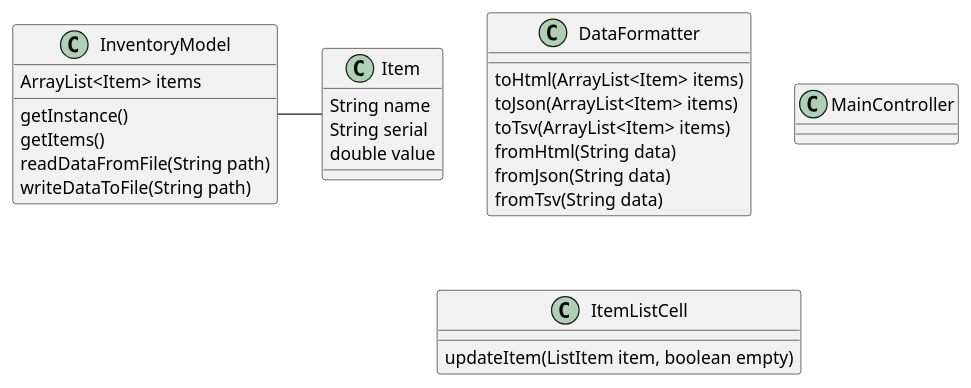
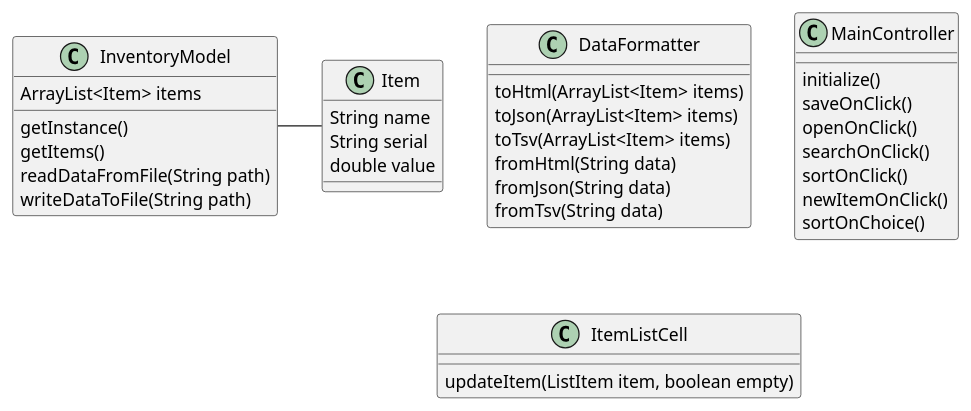
Before and after one commit to rydohg/cop3330-InventoryApp: the diagram in uml/InventoryApp.puml, drawn with PlantUML. The commit also changed 4 other files, not shown here.

Commit message:
Implement Search and Sort

```diff
--- a/uml/InventoryApp.puml
+++ b/uml/InventoryApp.puml
@@ -1,34 +1,40 @@
 @startuml
 class InventoryModel {
     ArrayList<Item> items
     getInstance()
     getItems()
     readDataFromFile(String path)
     writeDataToFile(String path)
 }
 
 class Item {
     String name
     String serial
     double value
 }
 
 class DataFormatter {
     toHtml(ArrayList<Item> items)
     toJson(ArrayList<Item> items)
     toTsv(ArrayList<Item> items)
     fromHtml(String data)
     fromJson(String data)
     fromTsv(String data)
 }
 
 class MainController {
-
+    initialize()
+    saveOnClick()
+    openOnClick()
+    searchOnClick()
+    sortOnClick()
+    newItemOnClick()
+    sortOnChoice()
 }
 
 class ItemListCell {
     updateItem(ListItem item, boolean empty)
 }
 
 InventoryModel - Item
 @enduml
```
